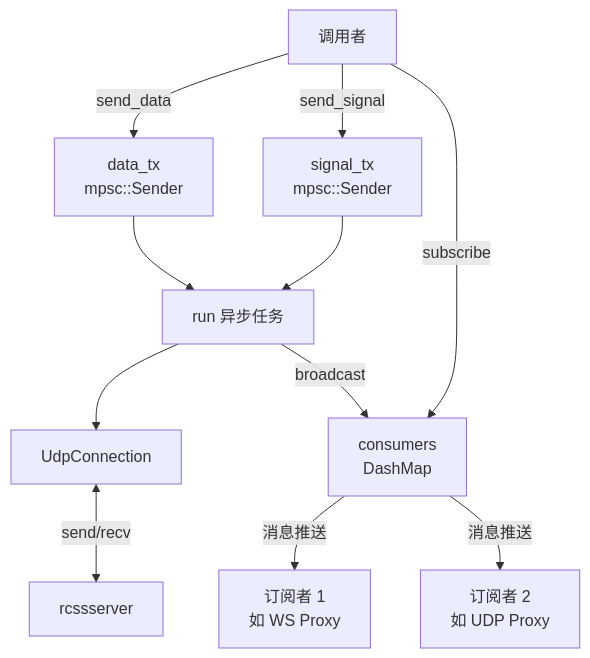
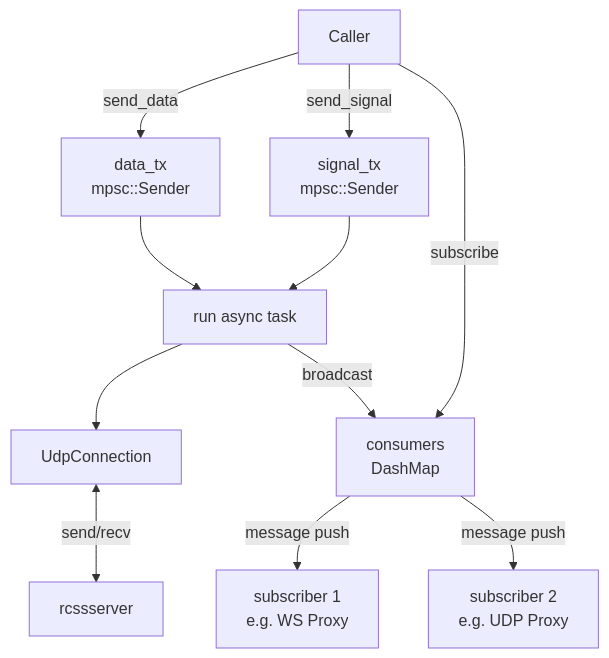
One commit to NN-4H0U/cluster changed diagram 14 of 20 in docs/REPORT.md. Above: the diagram before and after it, drawn with Mermaid. The commit also changed other lines of this file, not shown here.

Commit message:
fix: fix AppState lifecycle mermaid parse error and translate all diagrams to English

````diff
--- a/docs/REPORT.md
+++ b/docs/REPORT.md
@@ -362,14 +362,14 @@
 ```mermaid
 graph TD
-    APP[调用者] -->|send_data| DT[data_tx\nmpsc::Sender]
+    APP[Caller] -->|send_data| DT[data_tx\nmpsc::Sender]
     APP -->|send_signal| ST[signal_tx\nmpsc::Sender]
     APP -->|subscribe| CS[consumers\nDashMap<Uuid, mpsc::Sender>]
 
-    DT --> RUN[run 异步任务]
+    DT --> RUN[run async task]
     ST --> RUN
     RUN --> UDP[UdpConnection]
     UDP <-->|send/recv| RCSS[rcssserver]
     RUN -->|broadcast| CS
-    CS -->|消息推送| SUB1[订阅者 1\n如 WS Proxy]
-    CS -->|消息推送| SUB2[订阅者 2\n如 UDP Proxy]
+    CS -->|message push| SUB1[subscriber 1\ne.g. WS Proxy]
+    CS -->|message push| SUB2[subscriber 2\ne.g. UDP Proxy]
 ```
````
